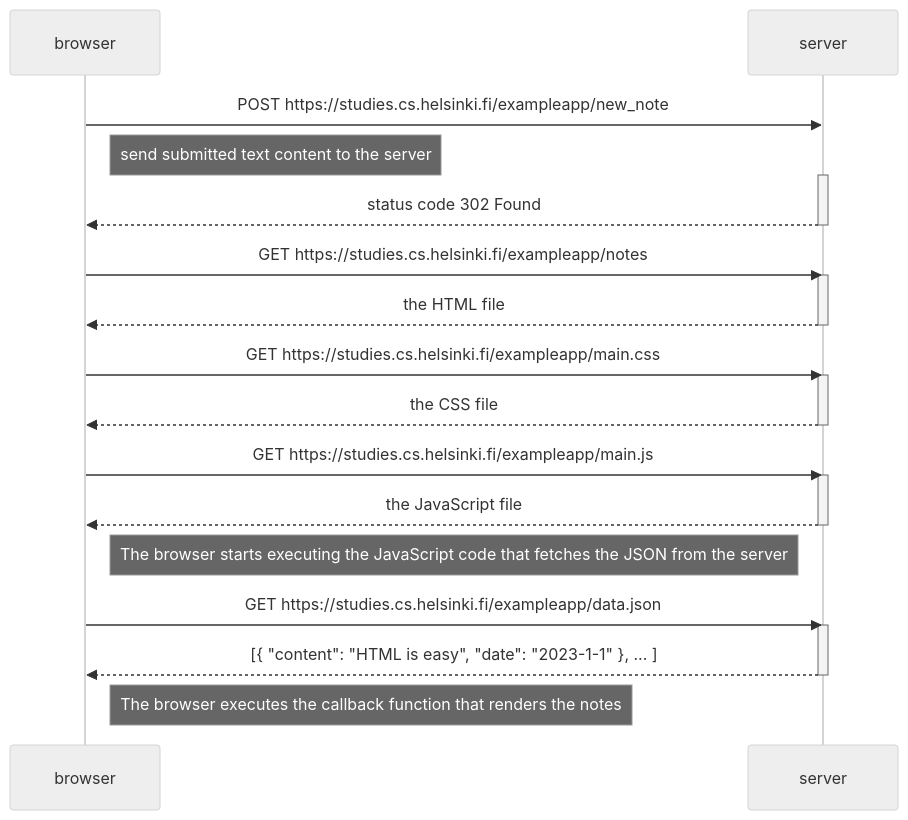
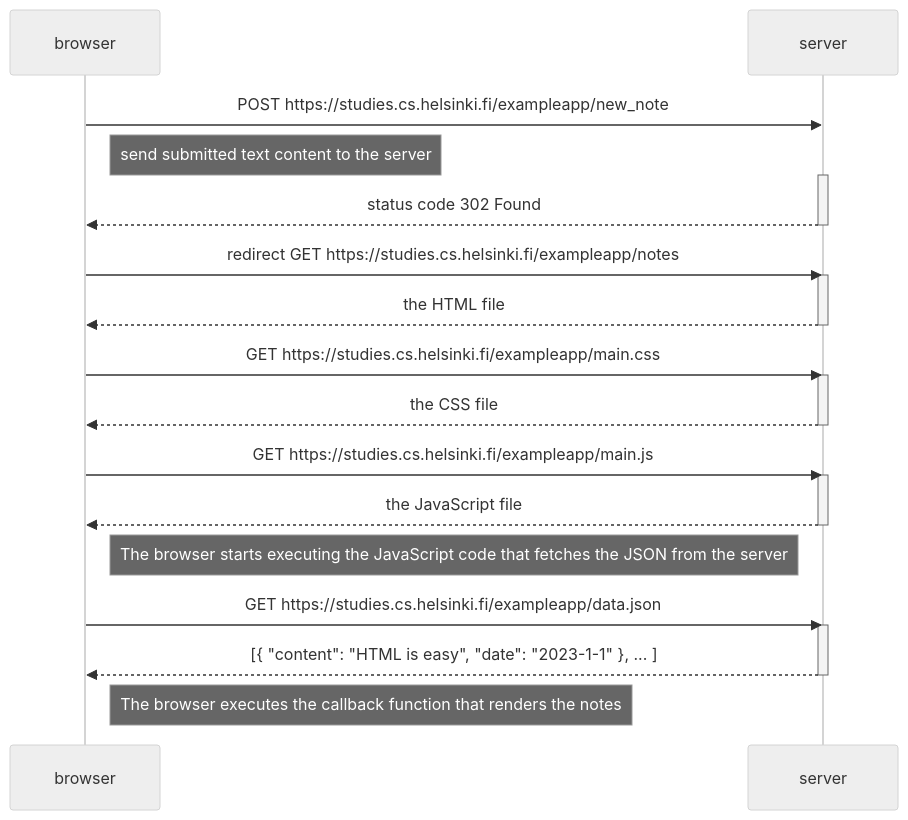
One commit to nguyengoctu/fullstackopen changed the diagram in part0/exercise4.mermaid. Above: the diagram before and after it, drawn with Mermaid (neutral theme).

```diff
--- a/part0/exercise4.mermaid
+++ b/part0/exercise4.mermaid
@@ -1,34 +1,34 @@
 sequenceDiagram
     participant browser
     participant server
 
     browser->>server: POST https://studies.cs.helsinki.fi/exampleapp/new_note
     Note right of browser: send submitted text content to the server
     activate server
     server-->>browser: status code 302 Found
     deactivate server
     
 
-    browser->>server: GET https://studies.cs.helsinki.fi/exampleapp/notes
+    browser->>server: redirect GET https://studies.cs.helsinki.fi/exampleapp/notes
     activate server
     server-->>browser: the HTML file
     deactivate server
 
     browser->>server: GET https://studies.cs.helsinki.fi/exampleapp/main.css
     activate server
     server-->>browser: the CSS file
     deactivate server
 
     browser->>server: GET https://studies.cs.helsinki.fi/exampleapp/main.js
     activate server
     server-->>browser: the JavaScript file
     deactivate server
 
     Note right of browser: The browser starts executing the JavaScript code that fetches the JSON from the server
 
     browser->>server: GET https://studies.cs.helsinki.fi/exampleapp/data.json
     activate server
     server-->>browser: [{ "content": "HTML is easy", "date": "2023-1-1" }, ... ]
     deactivate server
 
     Note right of browser: The browser executes the callback function that renders the notes
```
